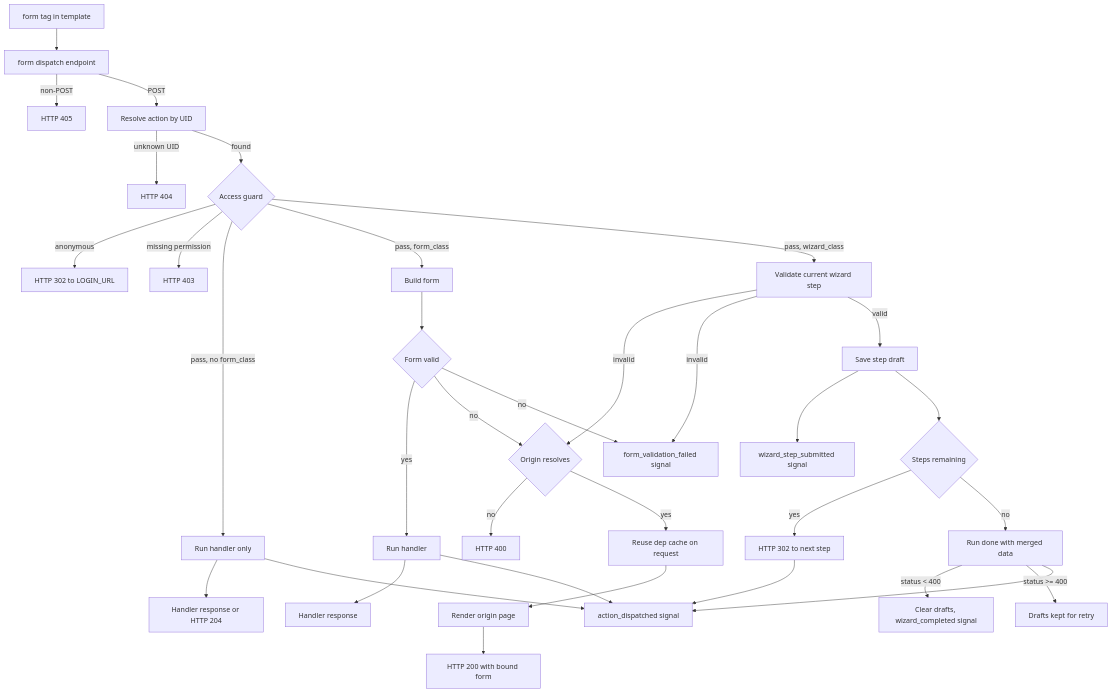
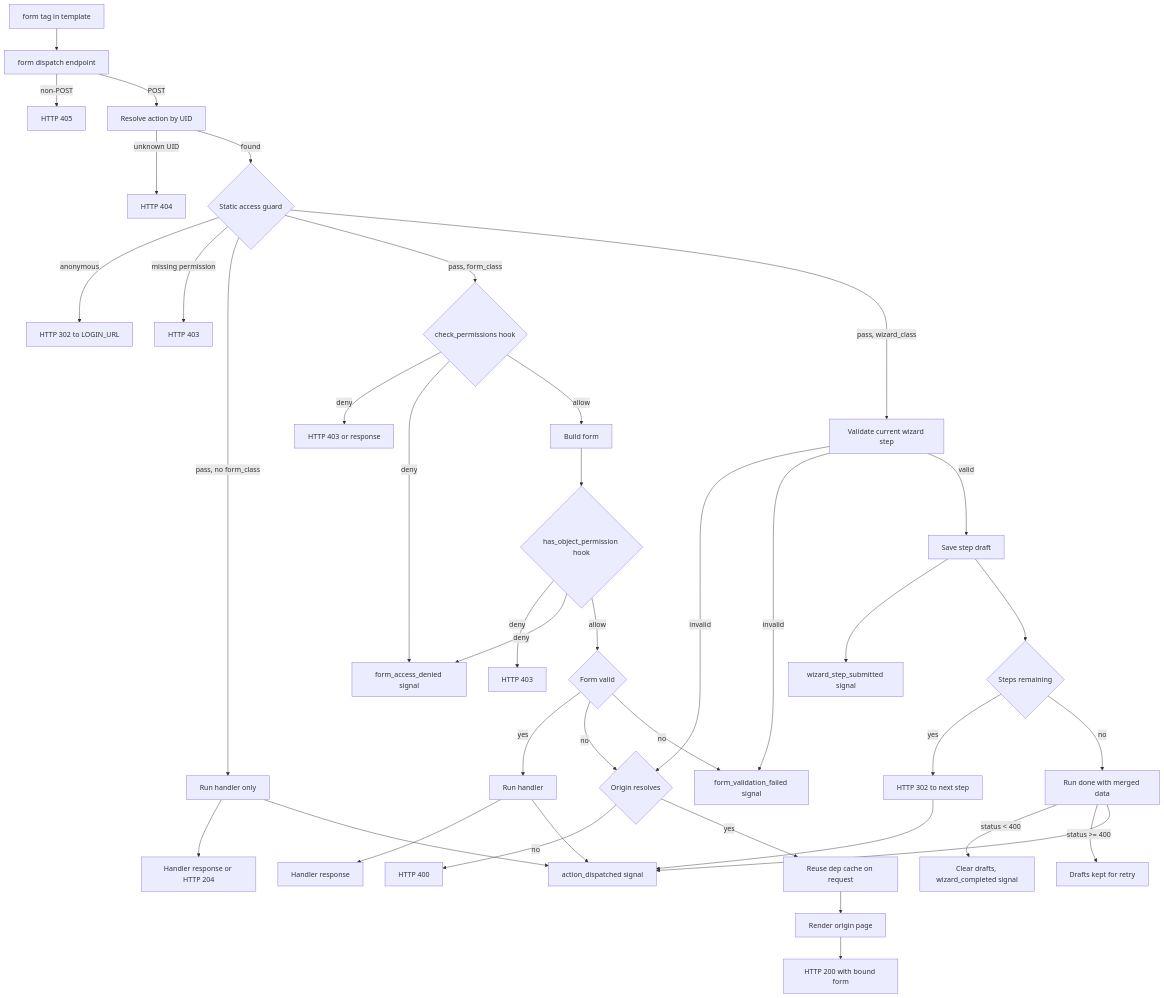
The diagram in docs/content/internals/action-dispatch.rst (next-dj/next-dj), drawn with Mermaid before and after one commit. The commit also changed other lines of this file and 59 other files, not shown here.

First line of the commit message:
feat(forms): dynamic permission hooks on form classes

```diff
--- a/docs/content/internals/action-dispatch.rst
+++ b/docs/content/internals/action-dispatch.rst
@@ -23,36 +23,42 @@
 .. mermaid::
 
    flowchart TB
        Template["form tag in template"] --> Endpoint["form dispatch endpoint"]
        Endpoint -- "non-POST" --> NotAllowed["HTTP 405"]
        Endpoint -- POST --> Lookup["Resolve action by UID"]
        Lookup -- unknown UID --> NotFound["HTTP 404"]
-       Lookup -- found --> Guard{"Access guard"}
+       Lookup -- found --> Guard{"Static access guard"}
        Guard -- anonymous --> LoginRedirect["HTTP 302 to LOGIN_URL"]
        Guard -- "missing permission" --> Forbidden["HTTP 403"]
        Guard -- "pass, no form_class" --> HandlerOnly["Run handler only"]
-       Guard -- "pass, form_class" --> Build["Build form"]
+       Guard -- "pass, form_class" --> ViewHook{"check_permissions hook"}
        Guard -- "pass, wizard_class" --> WizardStep["Validate current wizard step"]
+       ViewHook -- "deny" --> HookDenied["HTTP 403 or response"]
+       ViewHook -- "deny" --> AccessDenied["form_access_denied signal"]
+       ViewHook -- "allow" --> Build["Build form"]
        HandlerOnly --> HandlerOnlyResponse["Handler response or HTTP 204"]
        HandlerOnly --> ActionDispatched["action_dispatched signal"]
-       Build --> Validate{"Form valid"}
+       Build --> ObjectHook{"has_object_permission hook"}
+       ObjectHook -- "deny" --> ObjectDenied["HTTP 403"]
+       ObjectHook -- "deny" --> AccessDenied
+       ObjectHook -- "allow" --> Validate{"Form valid"}
        Validate -- yes --> Handler["Run handler"]
        Handler --> Response["Handler response"]
        Handler --> ActionDispatched
        Validate -- no --> Origin{"Origin resolves"}
        Origin -- no --> BadRequest["HTTP 400"]
        Origin -- yes --> ShareCache["Reuse dep cache on request"]
        ShareCache --> RenderOrigin["Render origin page"]
        RenderOrigin --> RerenderHTML["HTTP 200 with bound form"]
        Validate -- no --> FormFailed["form_validation_failed signal"]
        WizardStep -- invalid --> Origin
        WizardStep -- invalid --> FormFailed
        WizardStep -- valid --> SaveStep["Save step draft"]
        SaveStep --> StepSubmitted["wizard_step_submitted signal"]
        SaveStep --> StepsLeft{"Steps remaining"}
        StepsLeft -- yes --> Advance["HTTP 302 to next step"]
        StepsLeft -- no --> Done["Run done with merged data"]
        Done -- "status < 400" --> Completed["Clear drafts, wizard_completed signal"]
        Done -- "status >= 400" --> KeepDrafts["Drafts kept for retry"]
        Advance --> ActionDispatched
        Done --> ActionDispatched
```
